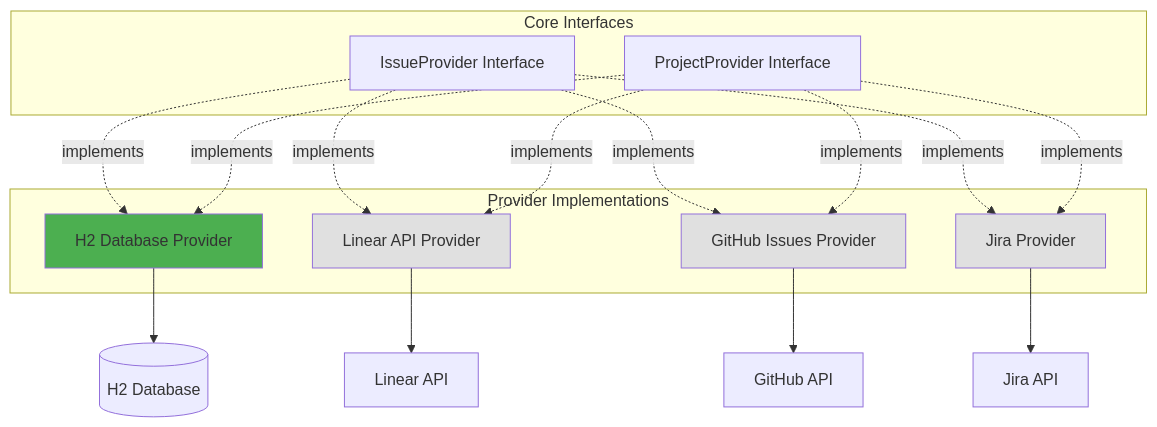
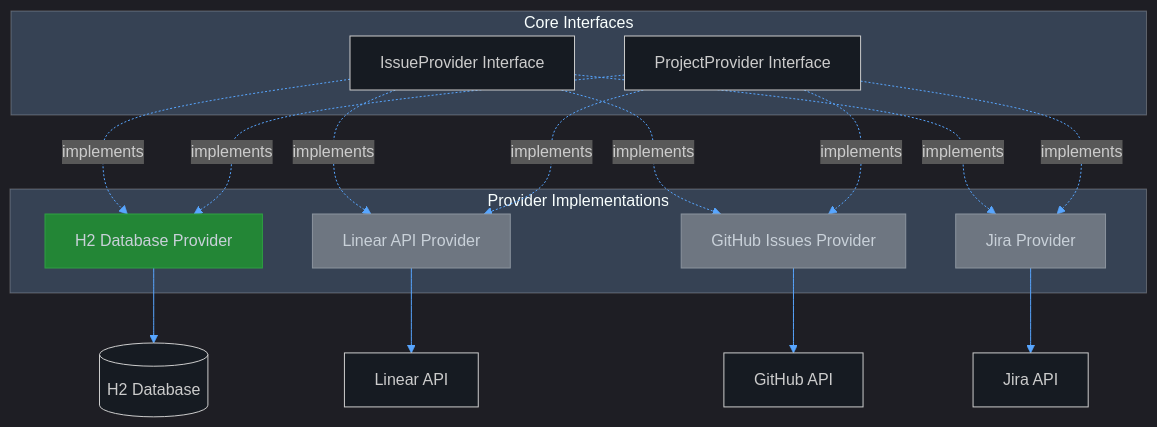
Before and after one commit to spiralhouse/cycletime: the second of 3 diagrams in docs/architecture/overview.md, drawn with Mermaid. The commit also changed other lines of this file and 2 other files, not shown here.

First line of the commit message:
refactor(docs): optimize all Mermaid diagrams for dark mode (SPI-649)

````diff
--- a/docs/architecture/overview.md
+++ b/docs/architecture/overview.md
@@ -109,34 +110,35 @@
 ```mermaid
+%%{init: {'theme':'dark', 'themeVariables': {'darkMode':true, 'background':'#0d1117', 'mainBkg':'#161b22', 'secondBkg':'#21262d', 'lineColor':'#58a6ff', 'primaryColor':'#58a6ff', 'primaryTextColor':'#c9d1d9', 'primaryBorderColor':'#30363d'}}}%%
 graph TB
     subgraph Core["Core Interfaces"]
         IssueProvider[IssueProvider Interface]
         ProjectProvider[ProjectProvider Interface]
     end
 
     subgraph Implementations["Provider Implementations"]
         H2[H2 Database Provider]
         Linear[Linear API Provider]
         GitHub[GitHub Issues Provider]
         Jira[Jira Provider]
     end
 
     IssueProvider -.implements.-> H2
     IssueProvider -.implements.-> Linear
     IssueProvider -.implements.-> GitHub
     IssueProvider -.implements.-> Jira
 
     ProjectProvider -.implements.-> H2
     ProjectProvider -.implements.-> Linear
     ProjectProvider -.implements.-> GitHub
     ProjectProvider -.implements.-> Jira
 
     H2 --> H2DB[(H2 Database)]
     Linear --> LinearAPI[Linear API]
     GitHub --> GitHubAPI[GitHub API]
     Jira --> JiraAPI[Jira API]
 
-    style H2 fill:#4CAF50
-    style Linear fill:#E0E0E0
-    style GitHub fill:#E0E0E0
-    style Jira fill:#E0E0E0
+    style H2 fill:#238636,stroke:#2ea043,color:#c9d1d9
+    style Linear fill:#6e7681,stroke:#8b949e,color:#c9d1d9
+    style GitHub fill:#6e7681,stroke:#8b949e,color:#c9d1d9
+    style Jira fill:#6e7681,stroke:#8b949e,color:#c9d1d9
 ```
````
